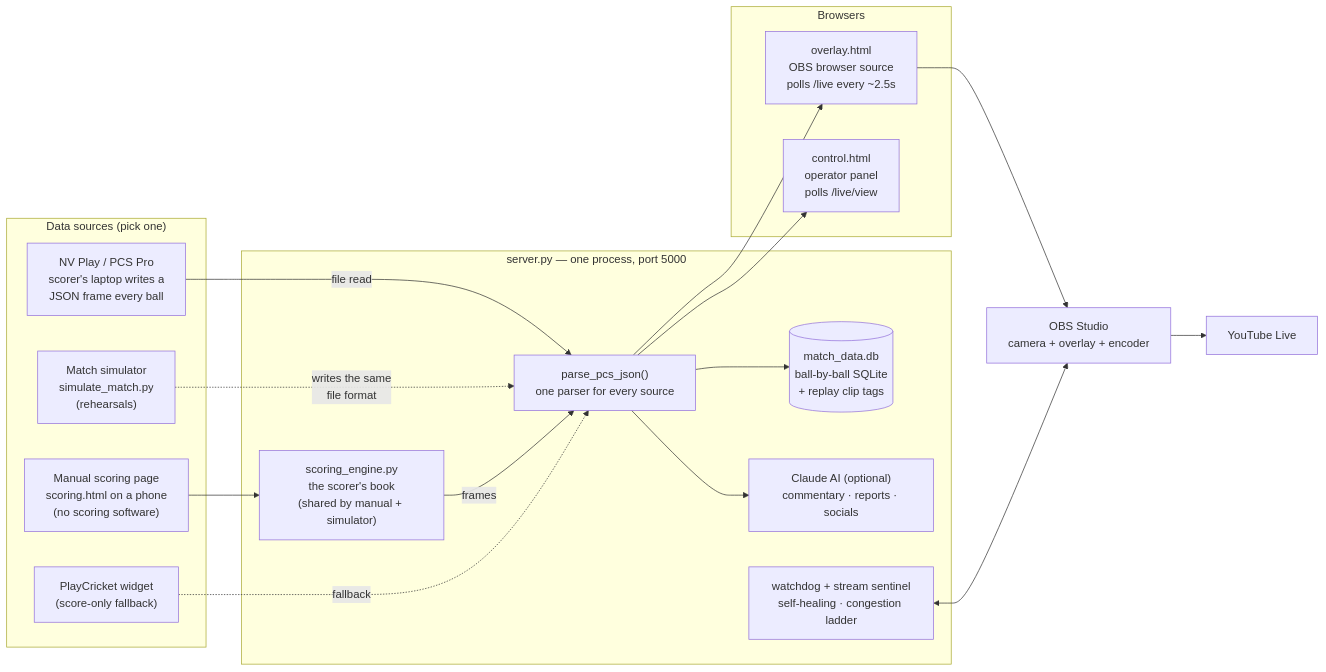
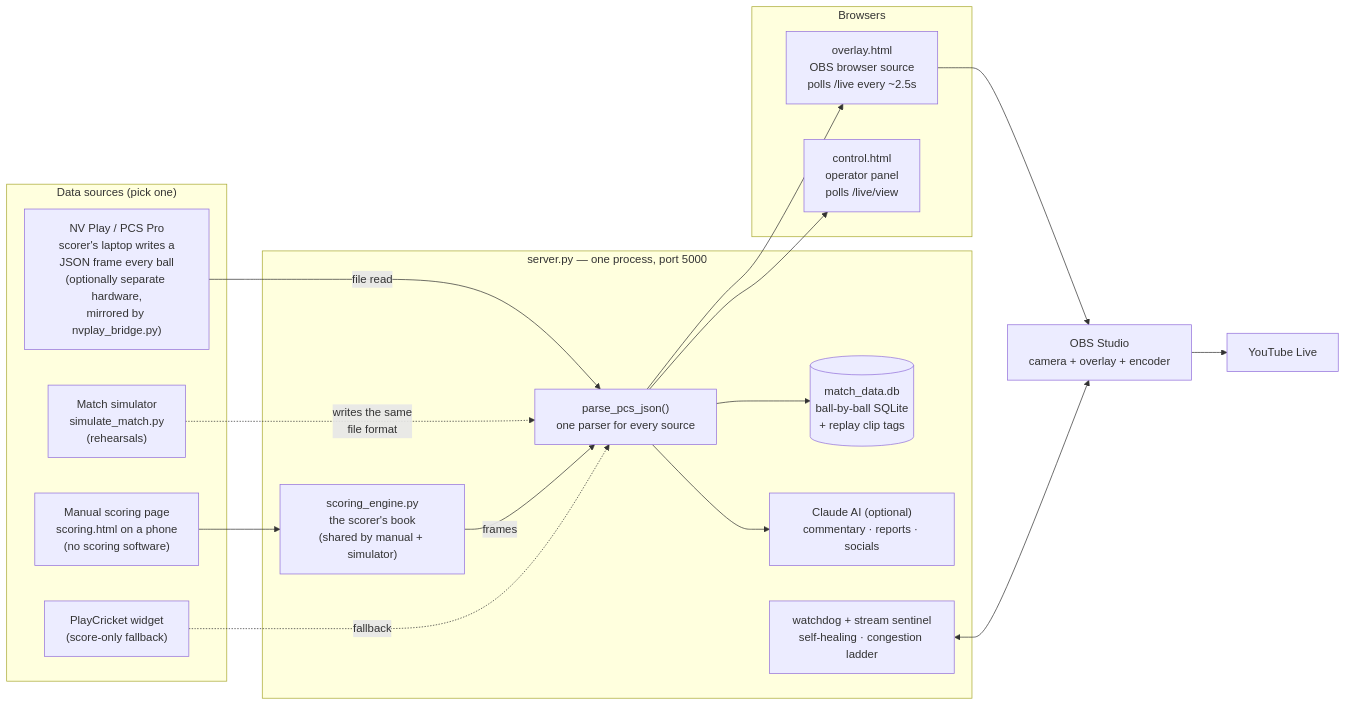
One commit to BridestoweBelstoneCC/Cricket-Live-Stream changed the first of 2 diagrams in ARCHITECTURE.md. Above: the diagram before and after it, drawn with Mermaid. The commit also changed other lines of this file and 4 other files, not shown here.

First line of the commit message:
Document the NV Play bridge and thermal watchdog

````diff
--- a/ARCHITECTURE.md
+++ b/ARCHITECTURE.md
@@ -16,38 +16,38 @@
 ```mermaid
 flowchart LR
     subgraph sources["Data sources (pick one)"]
-        NV["NV Play / PCS Pro<br/>scorer's laptop writes a<br/>JSON frame every ball"]
+        NV["NV Play / PCS Pro<br/>scorer's laptop writes a<br/>JSON frame every ball<br/>(optionally separate hardware,<br/>mirrored by nvplay_bridge.py)"]
         MAN["Manual scoring page<br/>scoring.html on a phone<br/>(no scoring software)"]
         SIM["Match simulator<br/>simulate_match.py<br/>(rehearsals)"]
         WID["PlayCricket widget<br/>(score-only fallback)"]
     end
 
     subgraph srv["server.py — one process, port 5000"]
         PARSE["parse_pcs_json()<br/>one parser for every source"]
         ENG["scoring_engine.py<br/>the scorer's book<br/>(shared by manual + simulator)"]
         DB[("match_data.db<br/>ball-by-ball SQLite<br/>+ replay clip tags")]
         AI["Claude AI (optional)<br/>commentary · reports · socials"]
         WATCH["watchdog + stream sentinel<br/>self-healing · congestion ladder"]
     end
 
     subgraph consumers["Browsers"]
         OV["overlay.html<br/>OBS browser source<br/>polls /live every ~2.5s"]
         CP["control.html<br/>operator panel<br/>polls /live/view"]
     end
 
     OBS["OBS Studio<br/>camera + overlay + encoder"]
     YT["YouTube Live"]
 
     NV -- "file read" --> PARSE
     MAN --> ENG
     SIM -. "writes the same<br/>file format" .-> PARSE
     ENG -- "frames" --> PARSE
     WID -. "fallback" .-> PARSE
     PARSE --> OV
     PARSE --> CP
     PARSE --> DB
     PARSE --> AI
     OV --> OBS
     WATCH <--> OBS
     OBS --> YT
 ```
````
